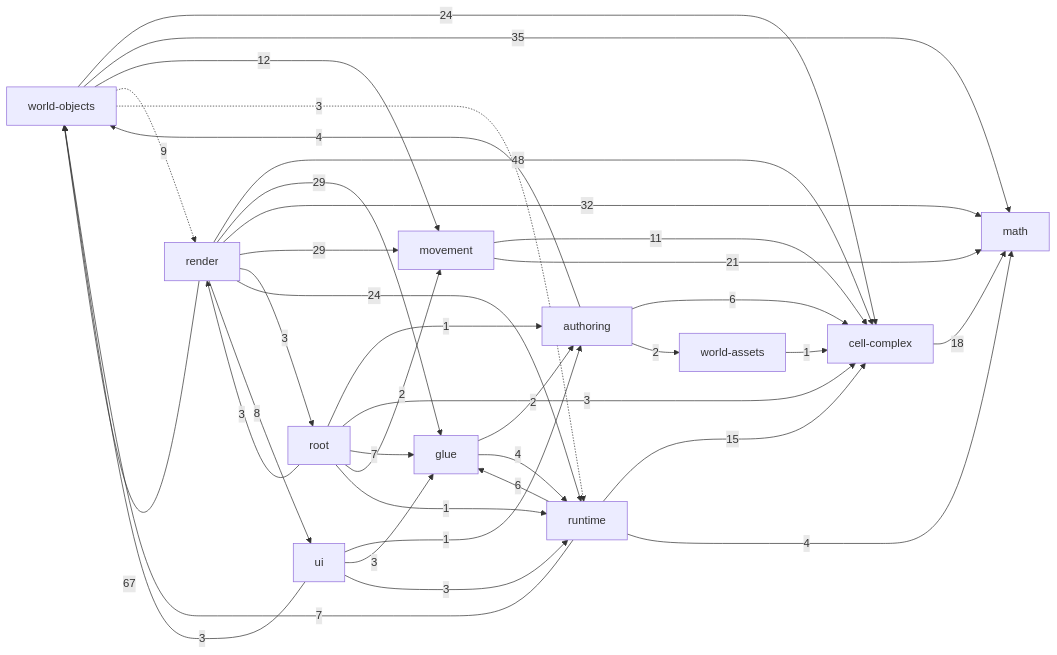
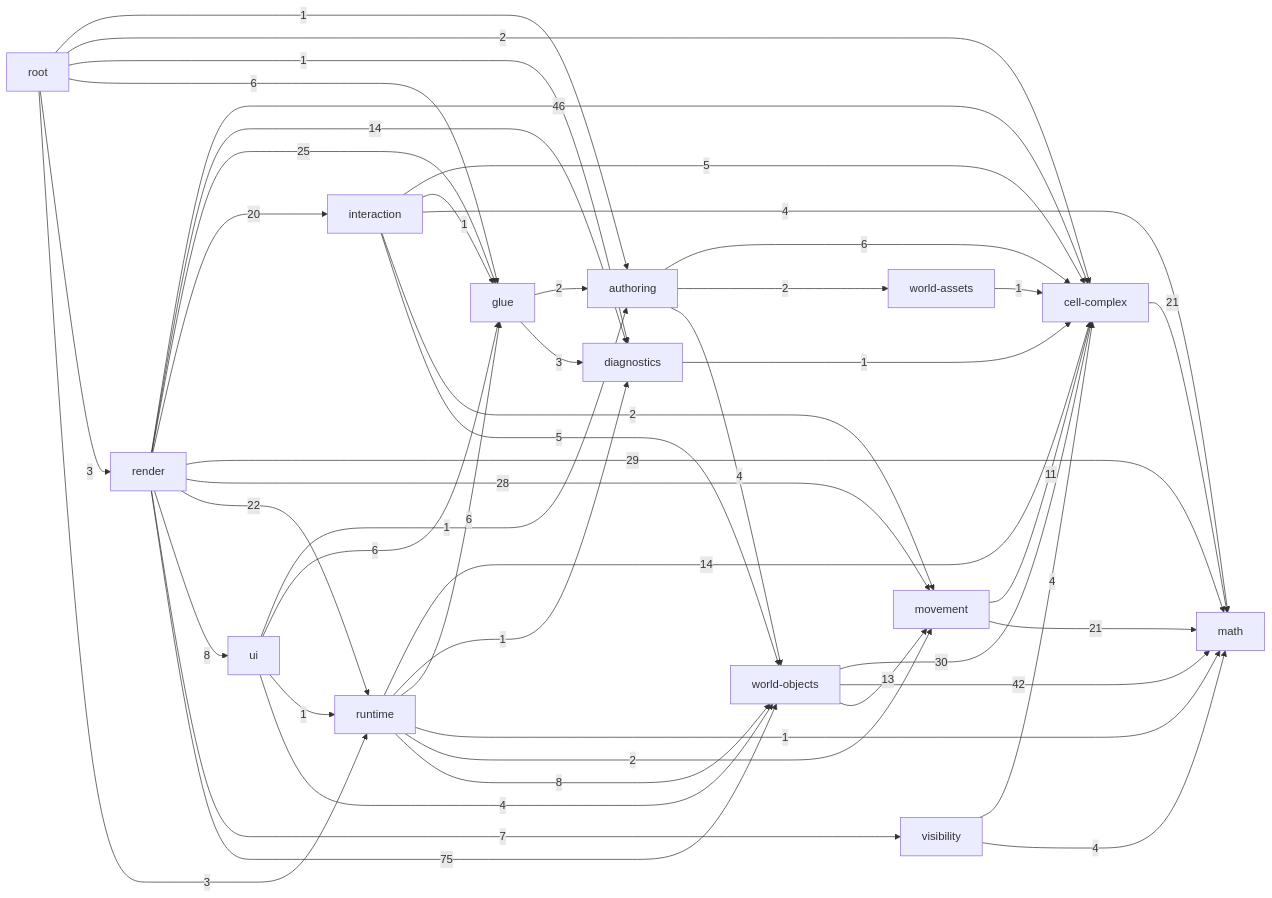
One commit to guraltsev/noneuclid-fpv changed the diagram in _docs/generated/ARCHITECTURE_REFERENCE.md. Above: the diagram before and after it, drawn with Mermaid. The commit also changed other lines of this file and 143 other files, not shown here.

````diff
--- a/_docs/generated/ARCHITECTURE_REFERENCE.md
+++ b/_docs/generated/ARCHITECTURE_REFERENCE.md
@@ -32,50 +35,63 @@
 ```mermaid
 flowchart LR
   math["math"]
   cell_complex["cell-complex"]
+  diagnostics["diagnostics"]
+  visibility["visibility"]
   movement["movement"]
   world_assets["world-assets"]
   world_objects["world-objects"]
   authoring["authoring"]
+  glue["glue"]
+  interaction["interaction"]
   runtime["runtime"]
   ui["ui"]
-  glue["glue"]
   render["render"]
   root["root"]
   authoring -->|6| cell_complex
   authoring -->|2| world_assets
   authoring -->|4| world_objects
-  cell_complex -->|18| math
+  cell_complex -->|21| math
+  diagnostics -->|1| cell_complex
   glue -->|2| authoring
-  glue -->|4| runtime
+  glue -->|3| diagnostics
+  interaction -->|5| cell_complex
+  interaction -->|1| glue
+  interaction -->|4| math
+  interaction -->|2| movement
+  interaction -->|5| world_objects
   movement -->|11| cell_complex
   movement -->|21| math
-  render -->|48| cell_complex
-  render -->|29| glue
-  render -->|32| math
-  render -->|29| movement
-  render -->|3| root
-  render -->|24| runtime
+  render -->|46| cell_complex
+  render -->|14| diagnostics
+  render -->|25| glue
+  render -->|20| interaction
+  render -->|29| math
+  render -->|28| movement
+  render -->|22| runtime
   render -->|8| ui
-  render -->|67| world_objects
+  render -->|7| visibility
+  render -->|75| world_objects
   root -->|1| authoring
-  root -->|3| cell_complex
-  root -->|7| glue
-  root -->|2| movement
+  root -->|2| cell_complex
+  root -->|1| diagnostics
+  root -->|6| glue
   root -->|3| render
-  root -->|1| runtime
-  runtime -->|15| cell_complex
+  root -->|3| runtime
+  runtime -->|14| cell_complex
+  runtime -->|1| diagnostics
   runtime -->|6| glue
-  runtime -->|4| math
-  runtime -->|7| world_objects
+  runtime -->|1| math
+  runtime -->|2| movement
+  runtime -->|8| world_objects
   ui -->|1| authoring
-  ui -->|3| glue
-  ui -->|3| runtime
-  ui -->|3| world_objects
+  ui -->|6| glue
+  ui -->|1| runtime
+  ui -->|4| world_objects
+  visibility -->|4| cell_complex
+  visibility -->|4| math
   world_assets -->|1| cell_complex
-  world_objects -->|24| cell_complex
-  world_objects -->|35| math
-  world_objects -->|12| movement
-  world_objects -.->|9| render
-  world_objects -.->|3| runtime
+  world_objects -->|30| cell_complex
+  world_objects -->|42| math
+  world_objects -->|13| movement
 ```
````
